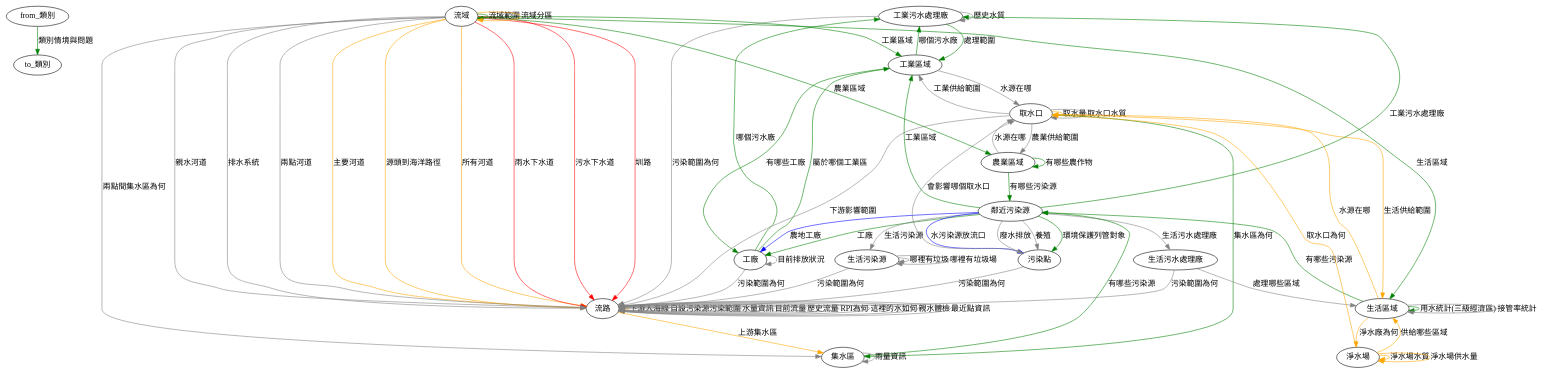
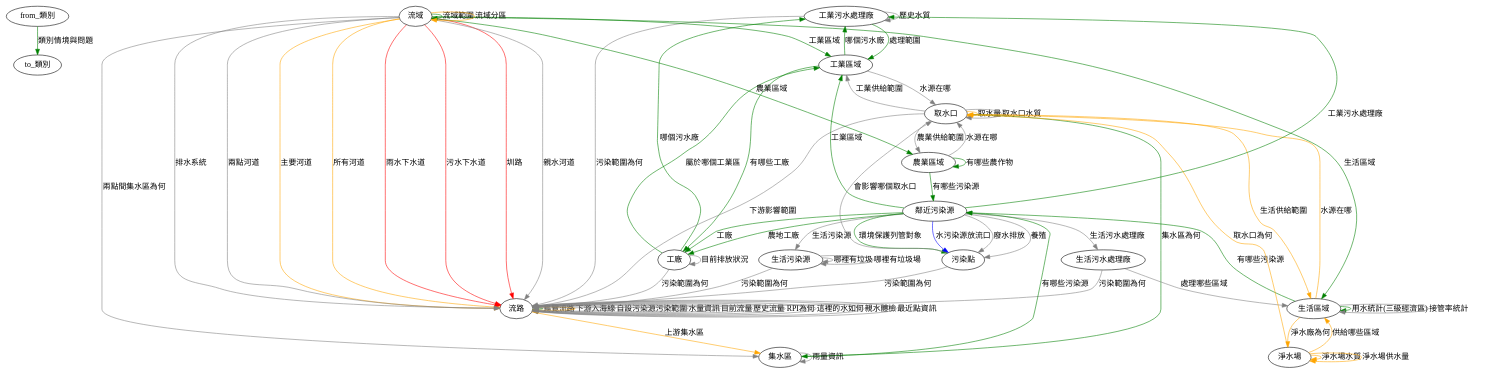
The diagram in tools/TopoTextToDot/output.dot (aga3134/SourcingWater), drawn with Graphviz before and after one commit. The commit also changed 14 other files, not shown here.

Commit message:
add swcbMap layer. allow birds view for any flow path

```diff
--- a/tools/TopoTextToDot/output.dot
+++ b/tools/TopoTextToDot/output.dot
@@ -1,76 +1,76 @@
 digraph G {
 	"from_類別"->"to_類別"[label="類別情境與問題",color="green",style=""]
 	"工業污水處理廠"->"工業區域"[label="處理範圍",color="green",style=""]
 	"工業污水處理廠"->"流路"[label="污染範圍為何",color="gray",style=""]
 	"工業污水處理廠"->"工業污水處理廠"[label="歷史水質",color="gray",style=""]
 	"工業區域"->"工業污水處理廠"[label="哪個污水廠",color="green",style=""]
 	"工業區域"->"工廠"[label="有哪些工廠",color="green",style=""]
 	"工業區域"->"取水口"[label="水源在哪",color="gray",style=""]
 	"工廠"->"工業污水處理廠"[label="哪個污水廠",color="green",style=""]
 	"工廠"->"工業區域"[label="屬於哪個工業區",color="green",style=""]
 	"工廠"->"工廠"[label="目前排放狀況",color="gray",style=""]
 	"工廠"->"流路"[label="污染範圍為何",color="gray",style=""]
 	"生活污水處理廠"->"流路"[label="污染範圍為何",color="gray",style=""]
 	"生活污水處理廠"->"生活區域"[label="處理哪些區域",color="gray",style=""]
 	"生活污染源"->"流路"[label="污染範圍為何",color="gray",style=""]
 	"生活污染源"->"生活污染源"[label="哪裡有垃圾",color="gray",style=""]
 	"生活污染源"->"生活污染源"[label="哪裡有垃圾場",color="gray",style=""]
 	"生活區域"->"鄰近污染源"[label="有哪些污染源",color="green",style=""]
 	"生活區域"->"生活區域"[label="用水統計(三級經濟區)",color="green",style=""]
 	"生活區域"->"取水口"[label="水源在哪",color="orange",style=""]
 	"生活區域"->"淨水場"[label="淨水廠為何",color="orange",style=""]
 	"生活區域"->"生活區域"[label="接管率統計",color="gray",style=""]
 	"污染點"->"流路"[label="污染範圍為何",color="gray",style=""]
 	"污染點"->"取水口"[label="會影響哪個取水口",color="gray",style=""]
 	"取水口"->"集水區"[label="集水區為何",color="green",style=""]
 	"取水口"->"取水口"[label="取水量",color="orange",style=""]
 	"取水口"->"生活區域"[label="生活供給範圍",color="orange",style=""]
 	"取水口"->"流路"[label="下游影響範圍",color="gray",style=""]
 	"取水口"->"取水口"[label="取水口水質",color="gray",style=""]
 	"取水口"->"農業區域"[label="農業供給範圍",color="gray",style=""]
 	"取水口"->"工業區域"[label="工業供給範圍",color="gray",style=""]
 	"流域"->"流域"[label="流域範圍",color="green",style=""]
 	"流域"->"生活區域"[label="生活區域",color="green",style=""]
 	"流域"->"農業區域"[label="農業區域",color="green",style=""]
 	"流域"->"工業區域"[label="工業區域",color="green",style=""]
 	"流域"->"流路"[label="主要河道",color="orange",style=""]
-	"流域"->"流路"[label="源頭到海洋路徑",color="orange",style=""]
 	"流域"->"流路"[label="所有河道",color="orange",style=""]
 	"流域"->"流域"[label="流域分區",color="orange",style=""]
 	"流域"->"流路"[label="雨水下水道",color="red",style=""]
 	"流域"->"流路"[label="污水下水道",color="red",style=""]
 	"流域"->"流路"[label="圳路",color="red",style=""]
 	"流域"->"流路"[label="親水河道",color="gray",style=""]
 	"流域"->"流路"[label="排水系統",color="gray",style=""]
 	"流域"->"流路"[label="兩點河道",color="gray",style=""]
 	"流域"->"集水區"[label="兩點間集水區為何",color="gray",style=""]
+	"流路"->"流路"[label="鳥覽流路",color="green",style=""]
 	"流路"->"集水區"[label="上游集水區",color="orange",style=""]
 	"流路"->"流路"[label="下游入海線",color="orange",style=""]
 	"流路"->"流路"[label="自設污染源污染範圍",color="gray",style=""]
 	"流路"->"流路"[label="水量資訊",color="gray",style=""]
 	"流路"->"流路"[label="目前流量",color="gray",style=""]
 	"流路"->"流路"[label="歷史流量",color="gray",style=""]
 	"流路"->"流路"[label="RPI為何",color="gray",style=""]
 	"流路"->"流路"[label="這裡的水如何",color="gray",style=""]
 	"流路"->"流路"[label="親水體檢",color="gray",style=""]
 	"流路"->"流路"[label="最近點資訊",color="gray",style=""]
 	"淨水場"->"取水口"[label="取水口為何",color="orange",style=""]
 	"淨水場"->"淨水場"[label="淨水場水質",color="orange",style=""]
 	"淨水場"->"淨水場"[label="淨水場供水量",color="orange",style=""]
 	"淨水場"->"生活區域"[label="供給哪些區域",color="orange",style=""]
 	"集水區"->"鄰近污染源"[label="有哪些污染源",color="green",style=""]
 	"集水區"->"集水區"[label="雨量資訊",color="gray",style=""]
 	"農業區域"->"鄰近污染源"[label="有哪些污染源",color="green",style=""]
 	"農業區域"->"農業區域"[label="有哪些農作物",color="green",style=""]
 	"農業區域"->"取水口"[label="水源在哪",color="gray",style=""]
 	"鄰近污染源"->"工廠"[label="工廠",color="green",style=""]
 	"鄰近污染源"->"污染點"[label="環境保護列管對象",color="green",style=""]
 	"鄰近污染源"->"工業區域"[label="工業區域",color="green",style=""]
 	"鄰近污染源"->"工業污水處理廠"[label="工業污水處理廠",color="green",style=""]
-	"鄰近污染源"->"工廠"[label="農地工廠",color="blue",style=""]
+	"鄰近污染源"->"工廠"[label="農地工廠",color="green",style=""]
 	"鄰近污染源"->"污染點"[label="水污染源放流口",color="blue",style=""]
 	"鄰近污染源"->"生活污染源"[label="生活污染源",color="gray",style=""]
 	"鄰近污染源"->"生活污水處理廠"[label="生活污水處理廠",color="gray",style=""]
 	"鄰近污染源"->"污染點"[label="廢水排放",color="gray",style=""]
 	"鄰近污染源"->"污染點"[label="養殖",color="gray",style=""]
 }
```
